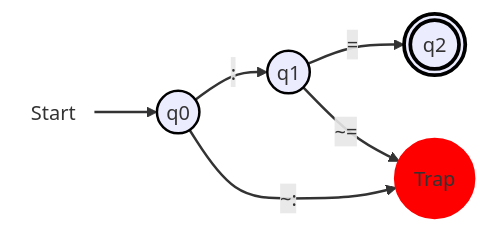
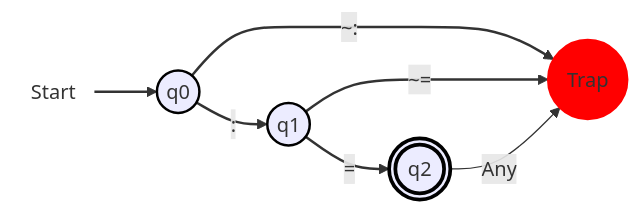
One commit to CS-Tiny-Compiler/a-tiny-compiler changed the sixth of 9 diagrams in docs/DFA.md. Above: the diagram before and after it, drawn with Mermaid. The commit also changed other lines of this file and 1 other file, not shown here.

````diff
--- a/docs/DFA.md
+++ b/docs/DFA.md
@@ -208,16 +213,17 @@
 ```mermaid
 flowchart LR
   start(((Start))):::startNode --> q0(("q0")):::normal
   q0 --> |:| q1(("q1")):::normal
   q1 --> |=| q2((("q2"))):::finalState
   q0 --> |"~:"| trap((("Trap"))):::trap
   q1 --> |"~="| trap((("Trap"))):::trap
+  q2 --> |"Any"| trap((("Trap"))):::trap
 
   classDef startNode fill:none,stroke:none;
   classDef normal stroke:#000,stroke-width:2px;
   classDef finalState stroke:#000,stroke-width:3px;
   classDef trap fill:#f00,stroke:#f00,stroke-width:2px;
 
   linkStyle 0 stroke-width:2px;
   linkStyle 1,2,3,4 stroke:#333,stroke-width:2px,fill:none;
 ```
````
